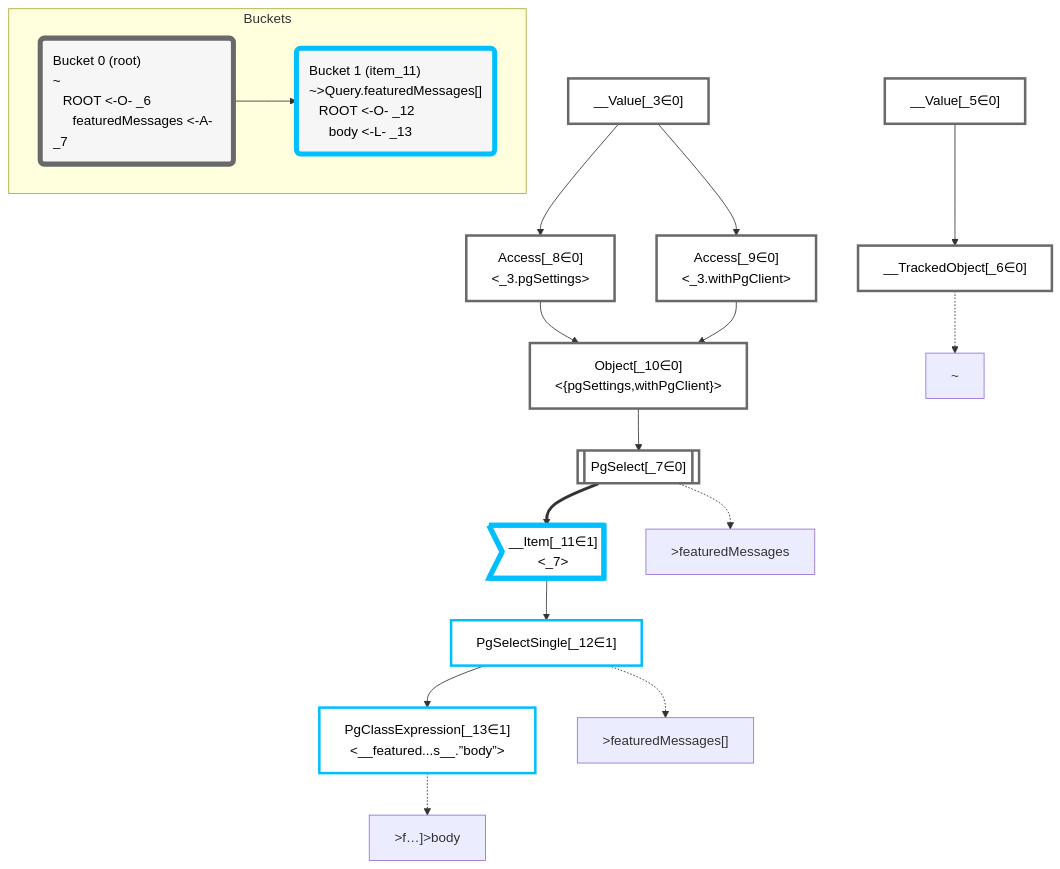
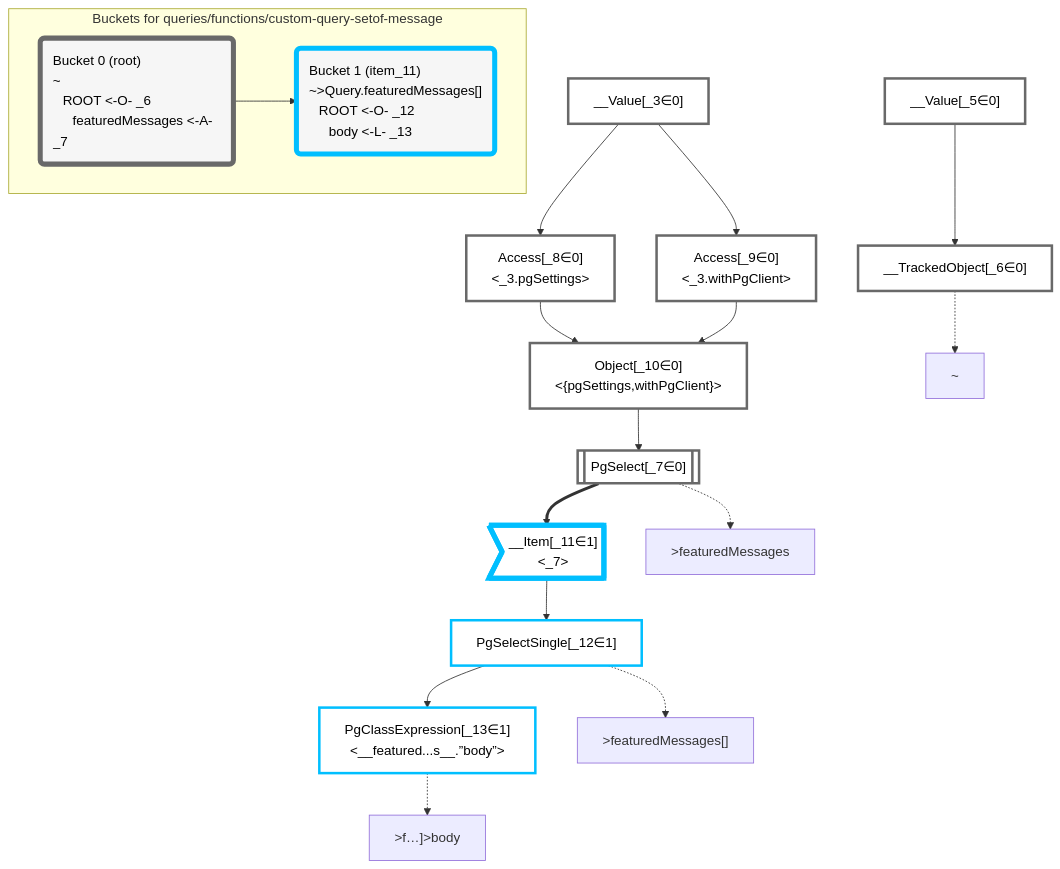
One commit to graphile/crystal changed the diagram in packages/dataplan-pg/__tests__/queries/functions/custom-query-setof-message.deopt.mermaid.md. Above: the diagram before and after it, drawn with Mermaid. The commit also changed 195 other files, not shown here.

````diff
--- a/packages/dataplan-pg/__tests__/queries/functions/custom-query-setof-message.deopt.mermaid.md
+++ b/packages/dataplan-pg/__tests__/queries/functions/custom-query-setof-message.deopt.mermaid.md
@@ -1,56 +1,56 @@
 ```mermaid
 graph TD
     classDef path fill:#eee,stroke:#000,color:#000
     classDef plan fill:#fff,stroke-width:3px,color:#000
     classDef itemplan fill:#fff,stroke-width:6px,color:#000
     classDef sideeffectplan fill:#f00,stroke-width:6px,color:#000
     classDef bucket fill:#f6f6f6,color:#000,stroke-width:6px,text-align:left
 
 
     %% define plans
     __Value_3["__Value[_3∈0]<br /><context>"]:::plan
     __Value_5["__Value[_5∈0]<br /><rootValue>"]:::plan
     __TrackedObject_6["__TrackedObject[_6∈0]"]:::plan
     PgSelect_7[["PgSelect[_7∈0]<br /><featured_messages>"]]:::plan
     Access_8["Access[_8∈0]<br /><_3.pgSettings>"]:::plan
     Access_9["Access[_9∈0]<br /><_3.withPgClient>"]:::plan
     Object_10["Object[_10∈0]<br /><{pgSettings,withPgClient}>"]:::plan
     __Item_11>"__Item[_11∈1]<br /><_7>"]:::itemplan
     PgSelectSingle_12["PgSelectSingle[_12∈1]<br /><featured_messages>"]:::plan
     PgClassExpression_13["PgClassExpression[_13∈1]<br /><__featured...s__.”body”>"]:::plan
 
     %% plan dependencies
     __Value_5 --> __TrackedObject_6
     Object_10 --> PgSelect_7
     __Value_3 --> Access_8
     __Value_3 --> Access_9
     Access_8 --> Object_10
     Access_9 --> Object_10
     PgSelect_7 ==> __Item_11
     __Item_11 --> PgSelectSingle_12
     PgSelectSingle_12 --> PgClassExpression_13
 
     %% plan-to-path relationships
     P_6["~"]
     __TrackedObject_6 -.-> P_6
     P_7[">featuredMessages"]
     PgSelect_7 -.-> P_7
     P_12[">featuredMessages[]"]
     PgSelectSingle_12 -.-> P_12
     P_13[">f…]>body"]
     PgClassExpression_13 -.-> P_13
 
     %% allocate buckets
     classDef bucket0 stroke:#696969
     class __Value_3,__Value_5,__TrackedObject_6,PgSelect_7,Access_8,Access_9,Object_10 bucket0
     classDef bucket1 stroke:#00bfff
     class __Item_11,PgSelectSingle_12,PgClassExpression_13 bucket1
 
-    subgraph Buckets
+    subgraph "Buckets for queries/functions/custom-query-setof-message"
     Bucket0("Bucket 0 (root)<br />~<br />⠀ROOT <-O- _6<br />⠀⠀featuredMessages <-A- _7"):::bucket
     style Bucket0 stroke:#696969
     Bucket1("Bucket 1 (item_11)<br />~>Query.featuredMessages[]<br />⠀ROOT <-O- _12<br />⠀⠀body <-L- _13"):::bucket
     style Bucket1 stroke:#00bfff
     Bucket0 --> Bucket1
     end
 ```
````
